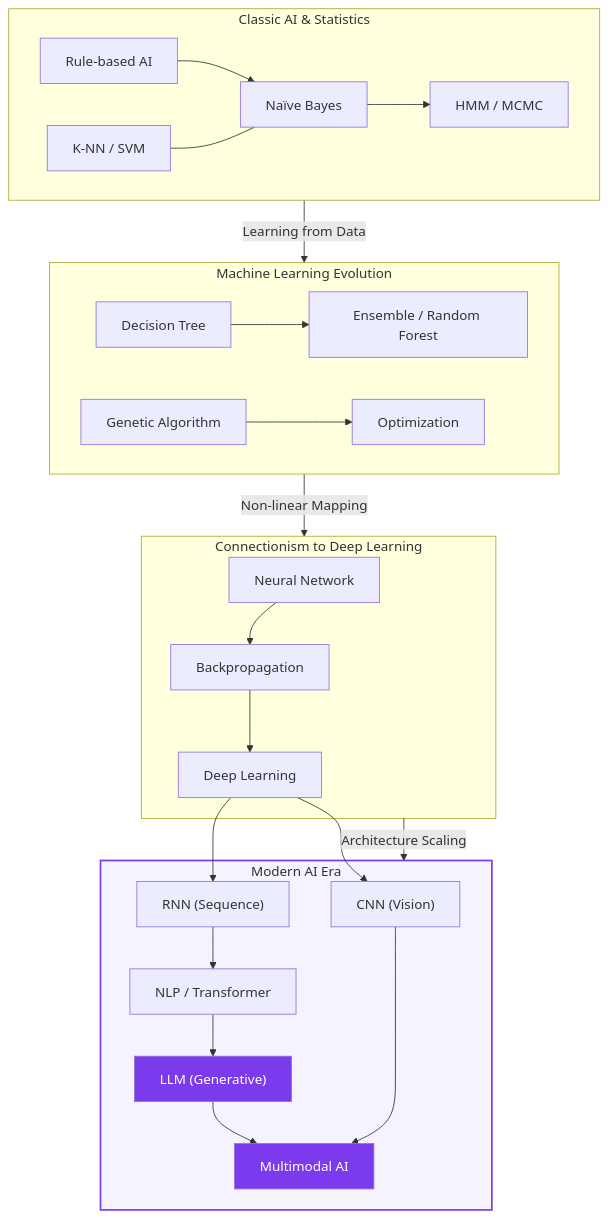
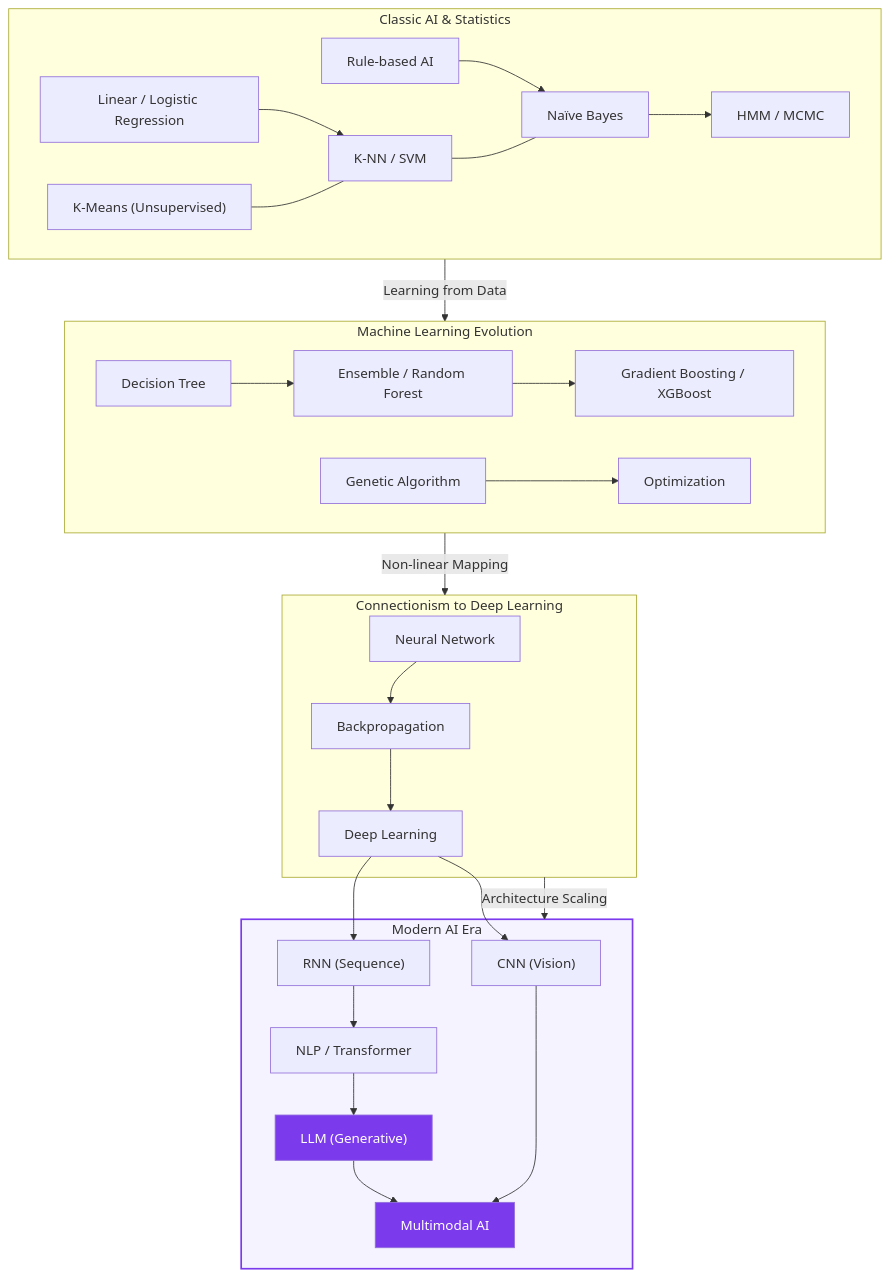
The second of 3 diagrams in content/docs/infrastructure/models/_index.md (jeonck/ai-eng), drawn with Mermaid before and after one commit. The commit also changed other lines of this file and 23 other files, not shown here.

First line of the commit message:
Add regression, K-Means, and gradient boosting to AI Model Fundamentals

````diff
--- a/content/docs/infrastructure/models/_index.md
+++ b/content/docs/infrastructure/models/_index.md
@@ -25,35 +25,38 @@
 ```mermaid
 flowchart TD
     subgraph S1["Classic AI & Statistics"]
         A2["Rule-based AI"] --> B2["Naïve Bayes"]
         B2 --> C2["HMM / MCMC"]
         D2["K-NN / SVM"] --- B2
+        R2["Linear / Logistic Regression"] --> D2
+        KM2["K-Means (Unsupervised)"] --- D2
     end
 
     subgraph S2["Machine Learning Evolution"]
         E2["Decision Tree"] --> F2["Ensemble / Random Forest"]
+        F2 --> X2["Gradient Boosting / XGBoost"]
         G2["Genetic Algorithm"] --> H2["Optimization"]
     end
 
     subgraph S3["Connectionism to Deep Learning"]
         I2["Neural Network"] --> J2["Backpropagation"]
         J2 --> K2["Deep Learning"]
     end
 
     subgraph S4["Modern AI Era"]
         K2 --> L2["CNN (Vision)"]
         K2 --> M2["RNN (Sequence)"]
         M2 --> N2["NLP / Transformer"]
         N2 --> O2["LLM (Generative)"]
         O2 --> P2["Multimodal AI"]
         L2 --> P2
     end
 
     S1 -- "Learning from Data" --> S2
     S2 -- "Non-linear Mapping" --> S3
     S3 -- "Architecture Scaling" --> S4
 
     style S4 fill:#f5f3ff,stroke:#7c3aed,stroke-width:2px
     style O2 fill:#7c3aed,color:#fff
     style P2 fill:#7c3aed,color:#fff
 ```
````
